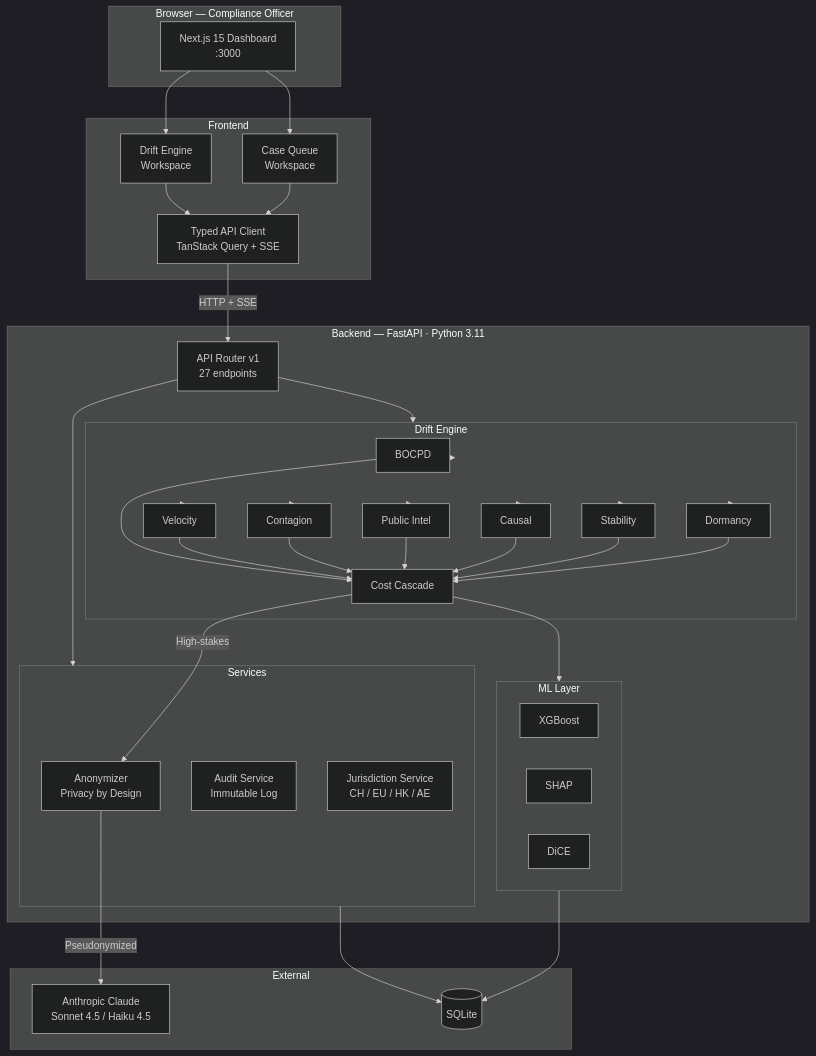
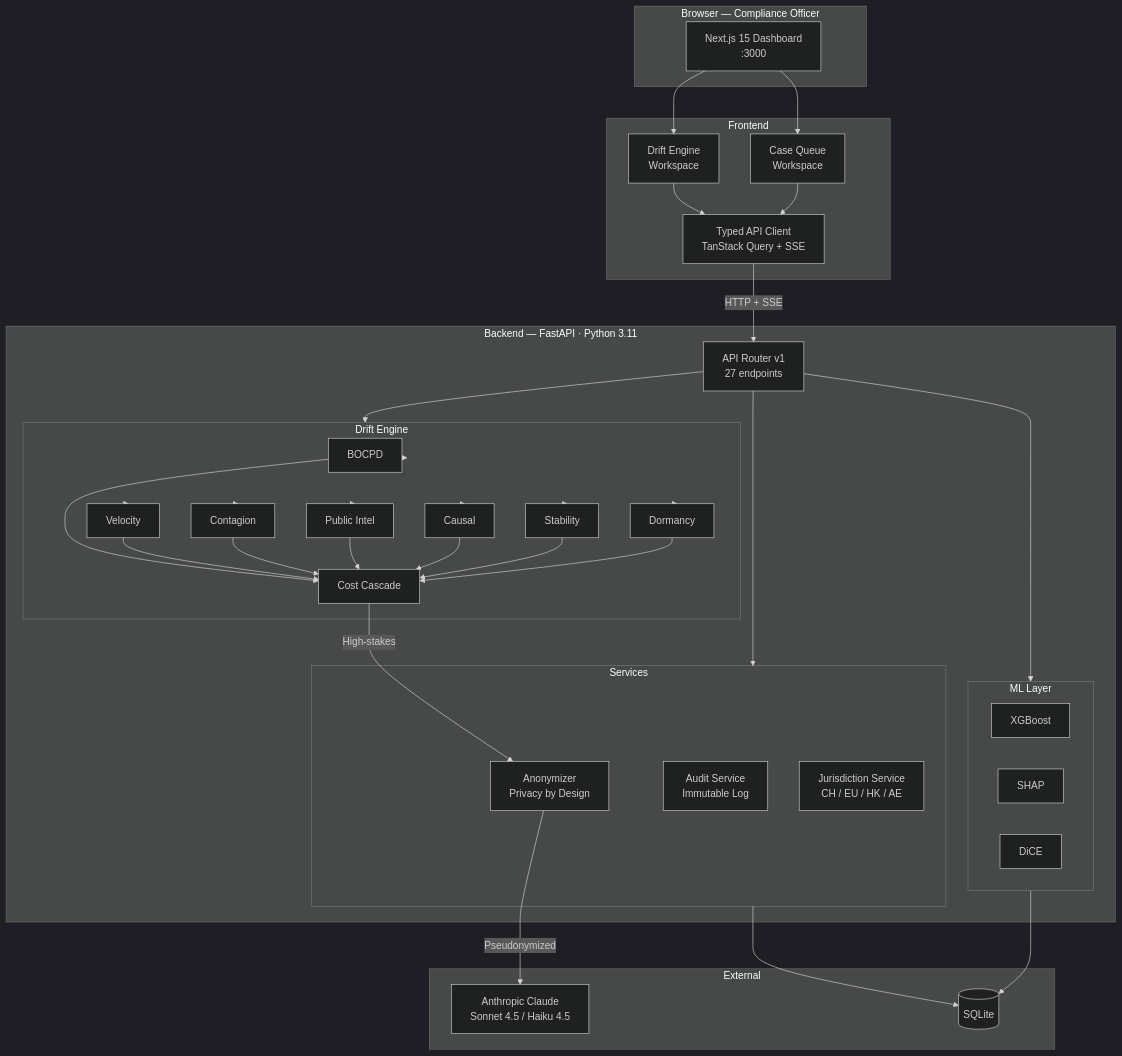
The first of 4 diagrams in docs/architecture.md (SteveDok22/Swisshacks-2026), drawn with Mermaid (dark theme) before and after one commit. The commit also changed 2 other files, not shown here.

Commit message:
docs: correct false SHAP claims in drift architecture diagrams
T1 of the drift cost cascade uses statistical LLR layer scoring, not
XGBoost+SHAP. The drift engine is independent of the ML layer — SHAP
only applies to the transaction case scoring path.

````diff
--- a/docs/architecture.md
+++ b/docs/architecture.md
@@ -5,55 +5,54 @@
 ```mermaid
 flowchart TB
     subgraph Browser["Browser — Compliance Officer"]
         UI["Next.js 15 Dashboard\n:3000"]
     end
 
     subgraph FE["Frontend"]
         DriftWS["Drift Engine\nWorkspace"]
         CaseWS["Case Queue\nWorkspace"]
         APIClient["Typed API Client\nTanStack Query + SSE"]
     end
 
     subgraph BE["Backend — FastAPI · Python 3.11"]
         Router["API Router v1\n27 endpoints"]
 
         subgraph Svcs["Services"]
             AnonSvc["Anonymizer\nPrivacy by Design"]
             AuditSvc["Audit Service\nImmutable Log"]
             JurisSvc["Jurisdiction Service\nCH / EU / HK / AE"]
         end
 
         subgraph DE["Drift Engine"]
             BOCPD[BOCPD]
             Vel[Velocity]
             Con[Contagion]
             PI[Public Intel]
             Caus[Causal]
             Stab[Stability]
             Dorm[Dormancy]
             Casc[Cost Cascade]
         end
 
         subgraph ML["ML Layer"]
             XGB[XGBoost]
             SHAP[SHAP]
             DiCE[DiCE]
         end
     end
 
     subgraph Ext["External"]
         Claude["Anthropic Claude\nSonnet 4.5 / Haiku 4.5"]
         DB[(SQLite)]
     end
 
     UI --> DriftWS & CaseWS
     DriftWS & CaseWS --> APIClient
     APIClient -->|HTTP + SSE| Router
-    Router --> Svcs & DE
+    Router --> Svcs & DE & ML
     DE --> BOCPD & Vel & Con & PI & Caus & Stab & Dorm
     BOCPD & Vel & Con & PI & Caus & Stab & Dorm --> Casc
-    Casc --> ML
     Casc -->|High-stakes| AnonSvc
     AnonSvc -->|Pseudonymized| Claude
     Svcs & ML --> DB
 ```
````
